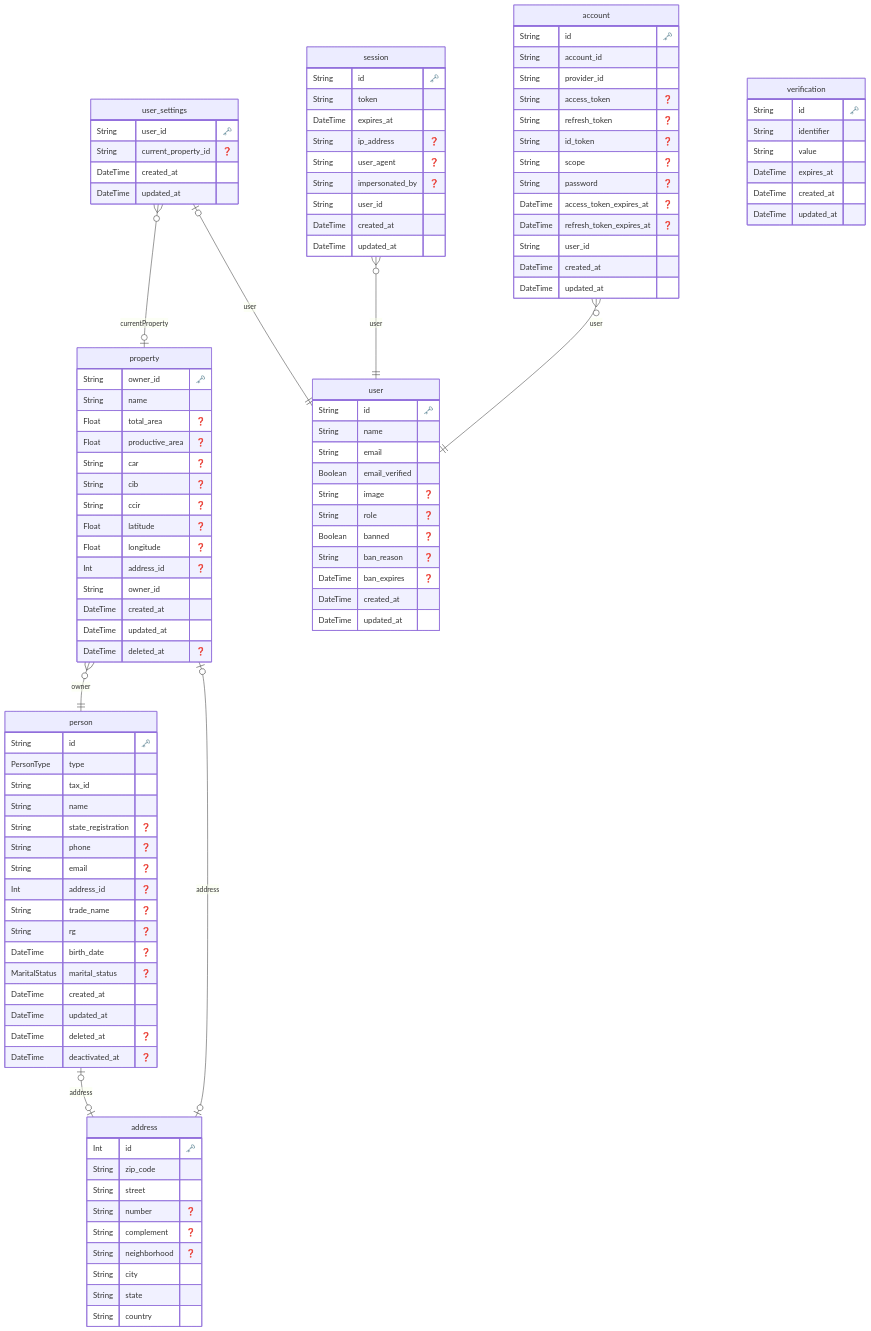
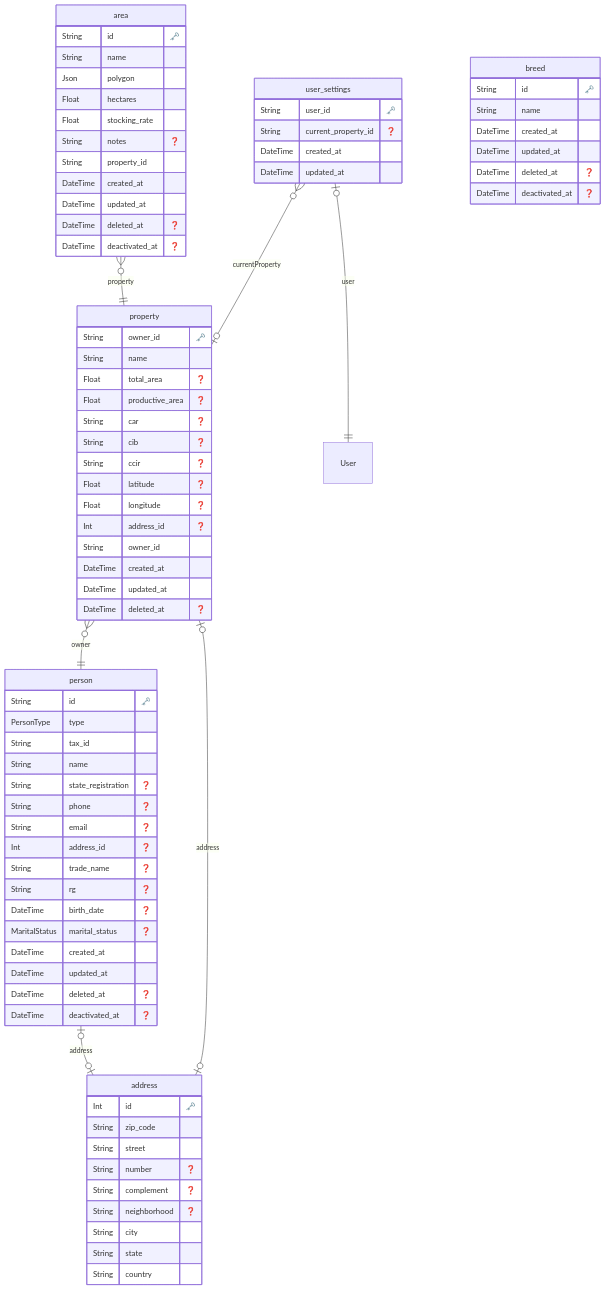
The diagram in docs/ERD.md (FelipeMzero/ifarm-preview), drawn with Mermaid before and after one commit. The commit also changed 5 other files, not shown here.

Commit message:
Schema prisma para Area

````diff
--- a/docs/ERD.md
+++ b/docs/ERD.md
@@ -52,6 +52,21 @@
     }
   
 
+  "area" {
+    String id "🗝️"
+    String name 
+    Json polygon 
+    Float hectares 
+    Float stocking_rate 
+    String notes "❓"
+    String property_id 
+    DateTime created_at 
+    DateTime updated_at 
+    DateTime deleted_at "❓"
+    DateTime deactivated_at "❓"
+    }
+  
+
   "user_settings" {
     String user_id "🗝️"
     String current_property_id "❓"
@@ -60,65 +75,19 @@
     }
   
 
-  "user" {
+  "breed" {
     String id "🗝️"
     String name 
-    String email 
-    Boolean email_verified 
-    String image "❓"
-    String role "❓"
-    Boolean banned "❓"
-    String ban_reason "❓"
-    DateTime ban_expires "❓"
     DateTime created_at 
     DateTime updated_at 
-    }
-  
-
-  "session" {
-    String id "🗝️"
-    String token 
-    DateTime expires_at 
-    String ip_address "❓"
-    String user_agent "❓"
-    String impersonated_by "❓"
-    String user_id 
-    DateTime created_at 
-    DateTime updated_at 
-    }
-  
-
-  "account" {
-    String id "🗝️"
-    String account_id 
-    String provider_id 
-    String access_token "❓"
-    String refresh_token "❓"
-    String id_token "❓"
-    String scope "❓"
-    String password "❓"
-    DateTime access_token_expires_at "❓"
-    DateTime refresh_token_expires_at "❓"
-    String user_id 
-    DateTime created_at 
-    DateTime updated_at 
-    }
-  
-
-  "verification" {
-    String id "🗝️"
-    String identifier 
-    String value 
-    DateTime expires_at 
-    DateTime created_at 
-    DateTime updated_at 
+    DateTime deleted_at "❓"
+    DateTime deactivated_at "❓"
     }
   
     "person" |o--|o address : "address"
     "property" |o--|o address : "address"
     "property" }o--|| person : "owner"
-    "user_settings" |o--|| user : "user"
+    "area" }o--|| property : "property"
+    "user_settings" |o--|| "User" : "user"
     "user_settings" }o--|o property : "currentProperty"
-    "session" }o--|| user : "user"
-    "account" }o--|| user : "user"
 ```
````
